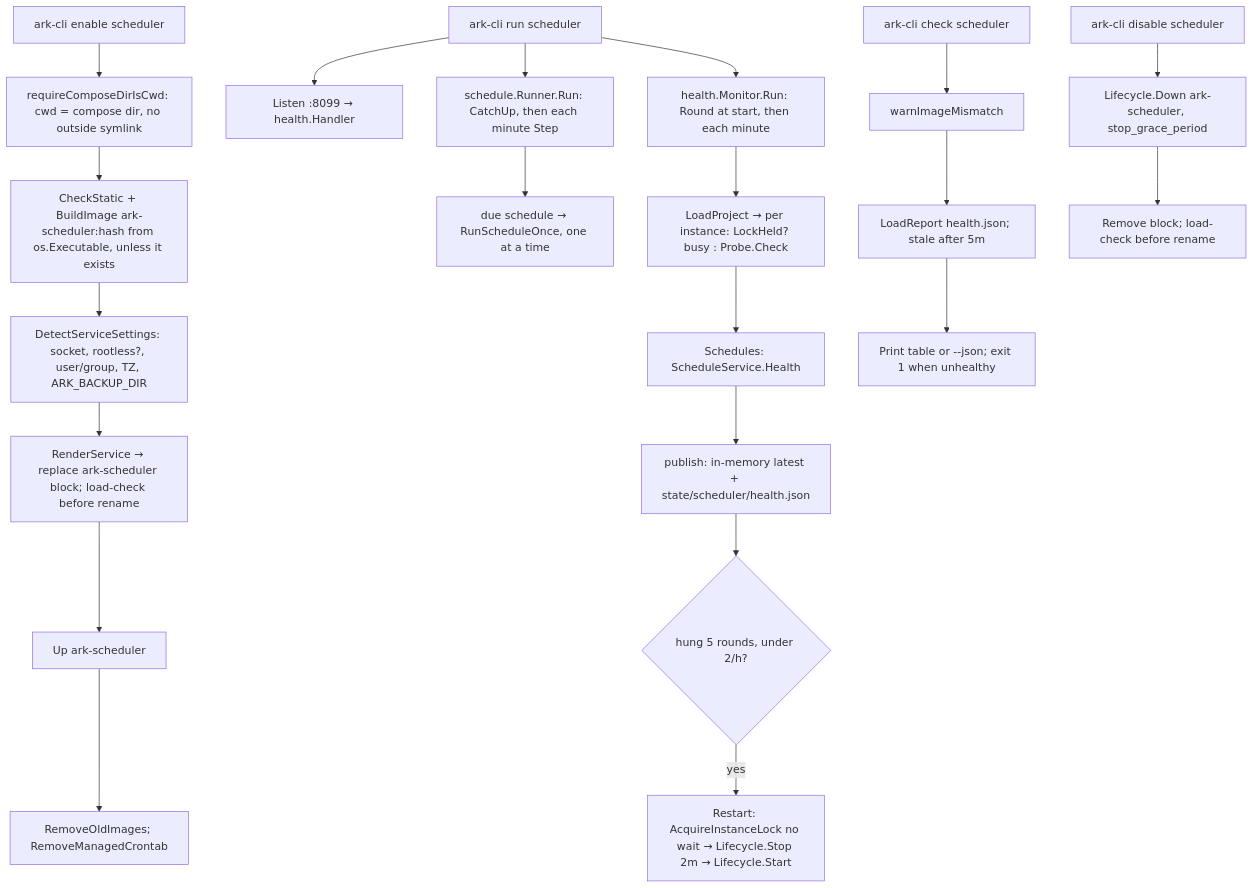
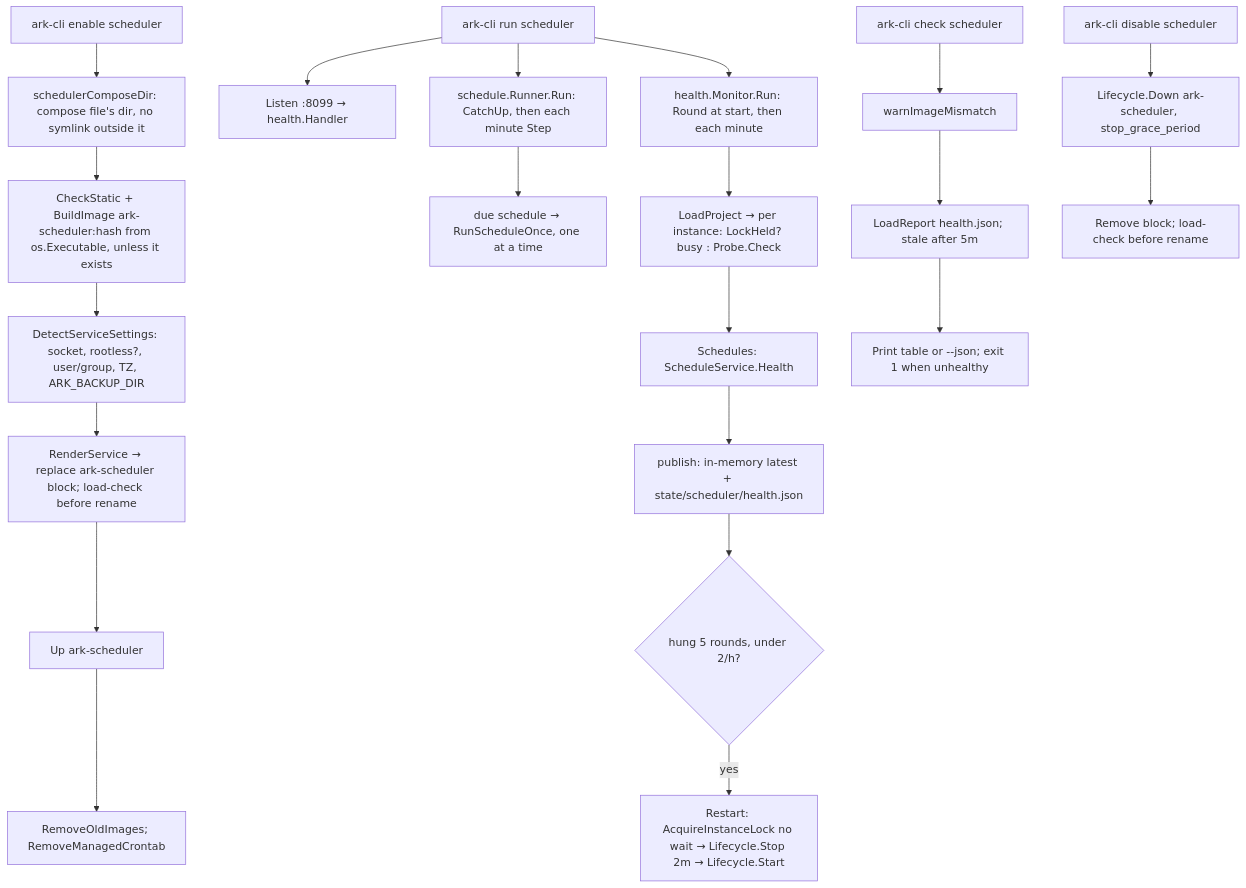
Before and after one commit to bryanwieg/arkascended-server: diagram 11 of 13 in docs/dev/reference/runtime-call-graph.md, drawn with Mermaid. The commit also changed other lines of this file and 52 other files, not shown here.

Commit message:
feat(cli): rcon, save and restart schedules, stored in docker-compose.yaml (#57)

````diff
--- a/docs/dev/reference/runtime-call-graph.md
+++ b/docs/dev/reference/runtime-call-graph.md
@@ -301,26 +301,26 @@
 ```mermaid
 flowchart TD
-    A[ark-cli enable scheduler] --> A1[requireComposeDirIsCwd: cwd = compose dir, no outside symlink]
+    A[ark-cli enable scheduler] --> A1[schedulerComposeDir: compose file's dir, no symlink outside it]
     A1 --> A2[CheckStatic + BuildImage ark-scheduler:hash from os.Executable, unless it exists]
     A2 --> A3[DetectServiceSettings: socket, rootless?, user/group, TZ, ARK_BACKUP_DIR]
     A3 --> A4[RenderService → replace ark-scheduler block; load-check before rename]
     A4 --> A5[Up ark-scheduler]
     A5 --> A6[RemoveOldImages; RemoveManagedCrontab]
 
     B[ark-cli run scheduler] --> B1[Listen :8099 → health.Handler]
     B --> B2[schedule.Runner.Run: CatchUp, then each minute Step]
     B2 --> B3[due schedule → RunScheduleOnce, one at a time]
     B --> B4[health.Monitor.Run: Round at start, then each minute]
     B4 --> B5[LoadProject → per instance: LockHeld? busy : Probe.Check]
     B5 --> B6[Schedules: ScheduleService.Health]
     B6 --> B7[publish: in-memory latest + state/scheduler/health.json]
     B7 --> B8{hung 5 rounds, under 2/h?}
     B8 -->|"yes"| B9[Restart: AcquireInstanceLock no wait → Lifecycle.Stop 2m → Lifecycle.Start]
 
     C[ark-cli check scheduler] --> C1[warnImageMismatch]
     C1 --> C2[LoadReport health.json; stale after 5m]
     C2 --> C3[Print table or --json; exit 1 when unhealthy]
 
     D[ark-cli disable scheduler] --> D1[Lifecycle.Down ark-scheduler, stop_grace_period]
     D1 --> D2[Remove block; load-check before rename]
 ```
````
